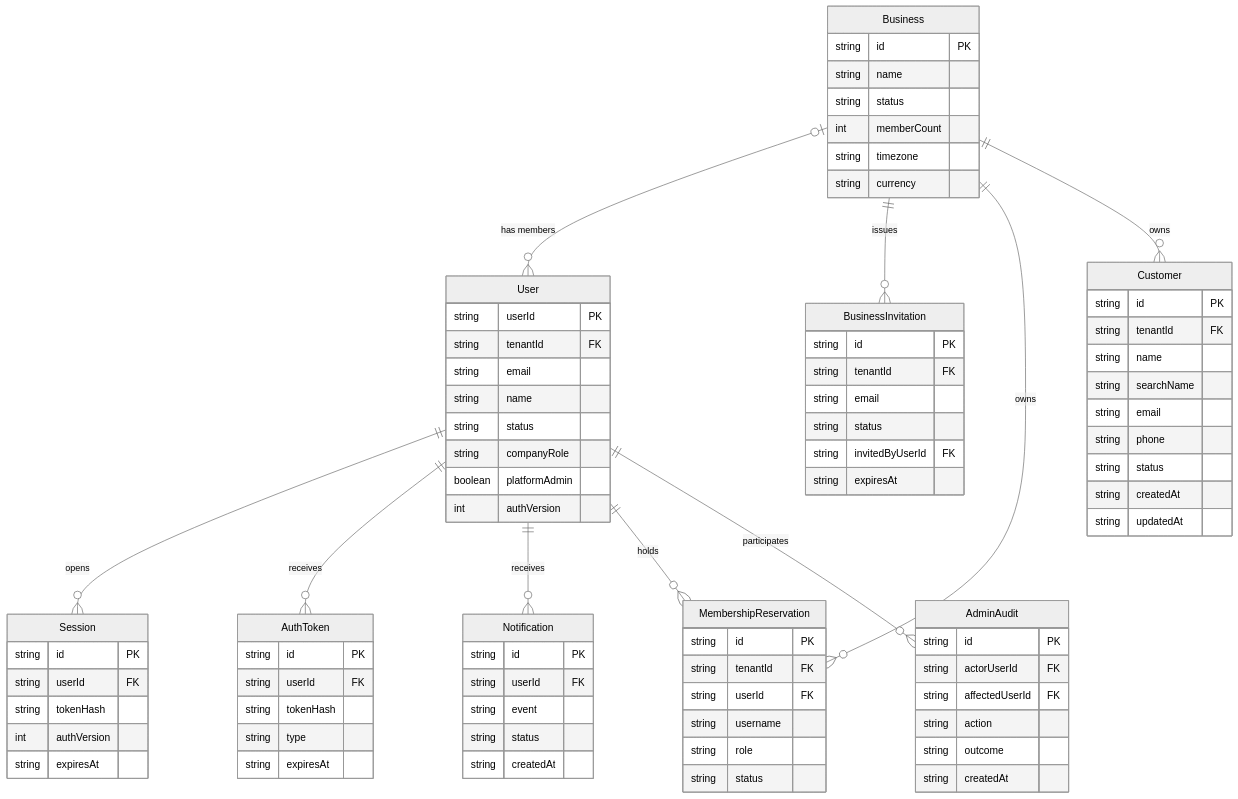
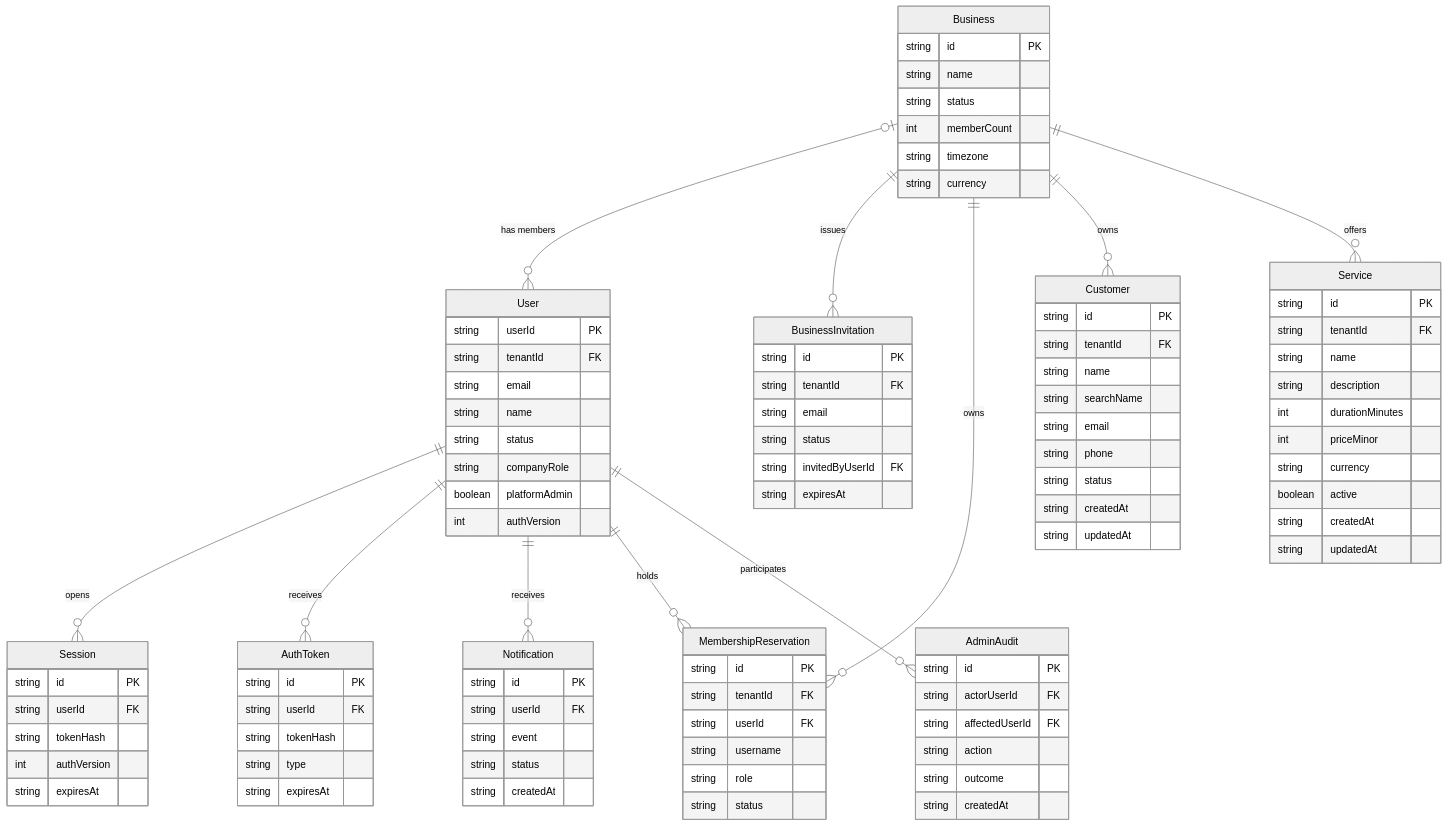
The diagram in bookingsimple/.github/modernize/assessment/engines/facts/data-architecture.md (soldev22/booksimple.app), drawn with Mermaid (neutral theme) before and after one commit. The commit also changed other lines of this file and 25 other files, not shown here.

````diff
--- a/bookingsimple/.github/modernize/assessment/engines/facts/data-architecture.md
+++ b/bookingsimple/.github/modernize/assessment/engines/facts/data-architecture.md
@@ -36,6 +38,7 @@
     Business ||--o{ BusinessInvitation : "issues"
     Business ||--o{ MembershipReservation : "owns"
     Business ||--o{ Customer : "owns"
+    Business ||--o{ Service : "offers"
     User ||--o{ Session : "opens"
     User ||--o{ AuthToken : "receives"
     User ||--o{ Notification : "receives"
@@ -115,4 +118,16 @@
         string createdAt
         string updatedAt
     }
+    Service {
+        string id PK
+        string tenantId FK
+        string name
+        string description
+        int durationMinutes
+        int priceMinor
+        string currency
+        boolean active
+        string createdAt
+        string updatedAt
+    }
 ```
````
